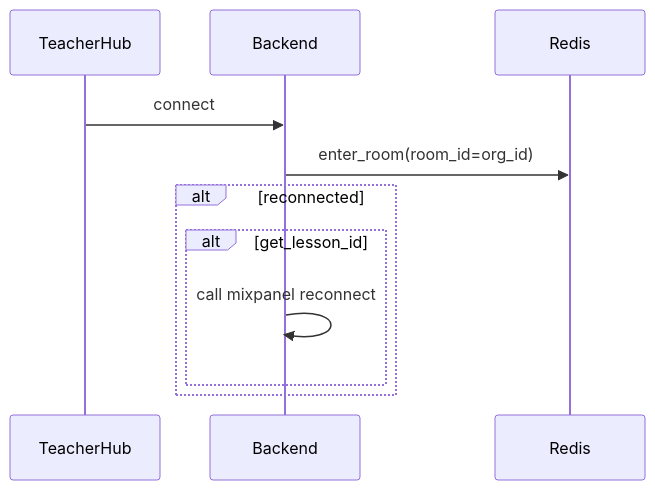
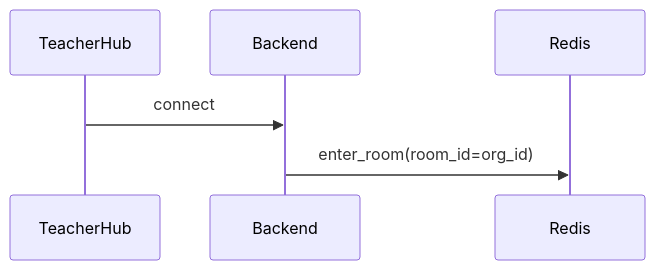
One commit to claire0613/ocelot_docs changed the second of 3 diagrams in socket_event_all/on_connect event.md. Above: the diagram before and after it, drawn with Mermaid. The commit also changed 9 other files, not shown here.

````diff
--- a/socket_event_all/on_connect event.md
+++ b/socket_event_all/on_connect event.md
@@ -115,16 +115,10 @@
       ```mermaid
       sequenceDiagram
 
           participant A as TeacherHub
           participant B as Backend
           participant R as Redis
           A->>B: connect
           B->>R: enter_room(room_id=org_id)
-          alt reconnected
-              alt get_lesson_id
-                  B->>B:call mixpanel reconnect
-              end
-
-          end
 
       ```
````
